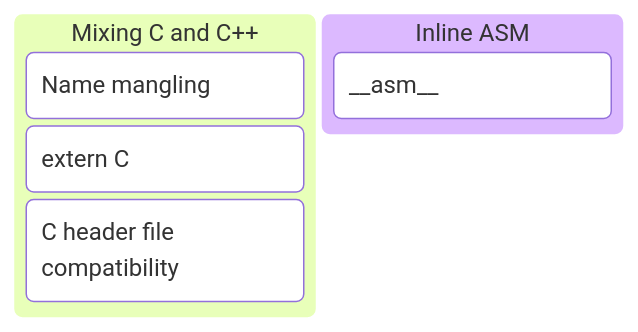
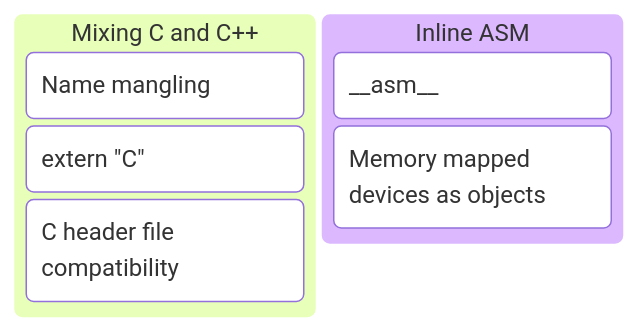
One commit to GlennVL-AP/cpp-programming-slides changed the diagram in slides/session_12/index.md. Above: the diagram before and after it, drawn with Mermaid. The commit also changed other lines of this file and 5 other files, not shown here.

````diff
--- a/slides/session_12/index.md
+++ b/slides/session_12/index.md
@@ -7,9 +7,10 @@
 ```mermaid
 kanban
   column1[Mixing C and C++]
     task1[Name mangling]
-    task2[extern C]
+    task2[extern "C"]
     task3[C header file compatibility]
   column2[Inline ASM]
     task1[\_\_asm\_\_]
+    task2[Memory mapped devices as objects]
 ```
````
